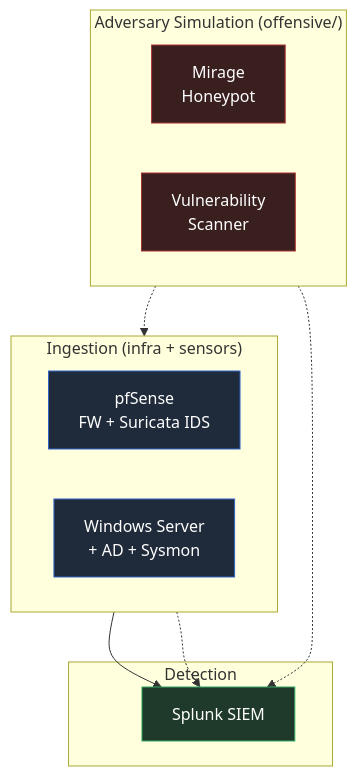
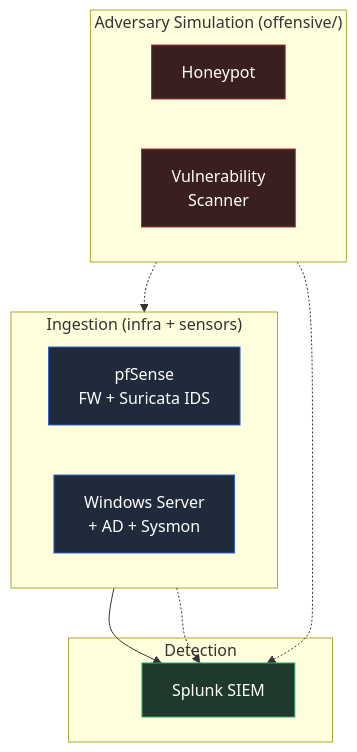
The diagram in docs/defensive-architecture.md (basil9099/security-homelab), drawn with Mermaid before and after one commit. The commit also changed other lines of this file, not shown here.

Commit message:
Edited defensive-architecture - changed name of honeypot project from 'mirage honeypot' to 'honeypot'

````diff
--- a/docs/defensive-architecture.md
+++ b/docs/defensive-architecture.md
@@ -20,38 +20,38 @@
 ```mermaid
 flowchart TB
     %% ─────────── ADVERSARY SIMULATION ───────────
     subgraph ADV["Adversary Simulation (offensive/)"]
         direction LR
-        MIRAGE["Mirage<br/>Honeypot"]
+        HONEYPOT["Honeypot"]
         SCANNER["Vulnerability<br/>Scanner"]
     end
 
     %% ─────────── INGESTION ───────────
     subgraph ING["Ingestion (infra + sensors)"]
         direction LR
         PFSENSE["pfSense<br/>FW + Suricata IDS"]
         ADSRV["Windows Server<br/>+ AD + Sysmon"]
     end
 
     %% ─────────── DETECTION ───────────
     subgraph DET["Detection"]
         SPLUNK["Splunk SIEM"]
     end
 
     %% ─────────── ADVERSARY → INGESTION ───────────
-    SCANNER -.-> PFSENSE
-    MIRAGE  -.-> SPLUNK
+    SCANNER  -.-> PFSENSE
+    HONEYPOT -.-> SPLUNK
 
     %% ─────────── INGESTION → DETECTION ───────────
     ADSRV   --> SPLUNK
     PFSENSE -.-> SPLUNK
 
     %% ─────────── STYLING ───────────
     classDef adv fill:#3a1f1f,stroke:#a33,color:#fff;
     classDef ing fill:#1f2a3a,stroke:#36c,color:#fff;
     classDef det fill:#1f3a2a,stroke:#3a6,color:#fff;
 
-    class MIRAGE,SCANNER adv;
+    class HONEYPOT,SCANNER adv;
     class PFSENSE,ADSRV ing;
     class SPLUNK det;
 ```
````
